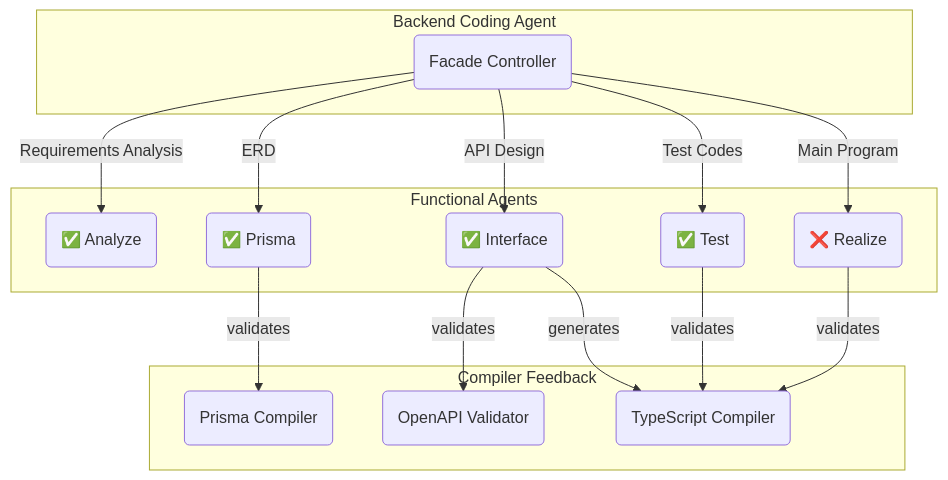
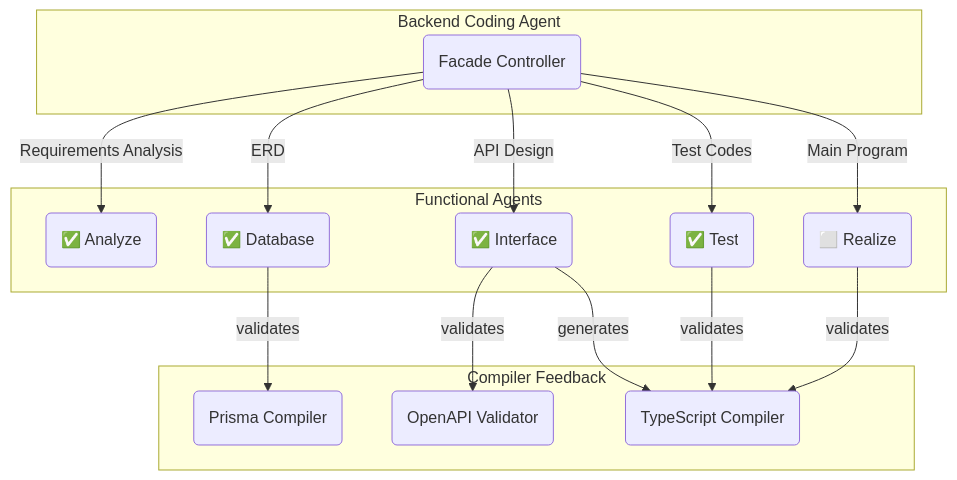
The diagram in qwen/qwen3-next-80b-a3b-instruct/reddit/README.md (wrtnlabs/autobe-examples), drawn with Mermaid before and after one commit. The commit also changed other lines of this file and 6988 other files, not shown here.

````diff
--- a/qwen/qwen3-next-80b-a3b-instruct/reddit/README.md
+++ b/qwen/qwen3-next-80b-a3b-instruct/reddit/README.md
@@ -14,20 +14,20 @@
 ```mermaid
 flowchart
 subgraph "Backend Coding Agent"
   coder("Facade Controller")
 end
 subgraph "Functional Agents"
   coder --"Requirements Analysis"--> analyze("✅ Analyze")
-  coder --"ERD"--> prisma("✅ Prisma")
+  coder --"ERD"--> database("✅ Database")
   coder --"API Design"--> interface("✅ Interface")
   coder --"Test Codes" --> test("✅ Test")
-  coder --"Main Program" --> realize("❌ Realize")
+  coder --"Main Program" --> realize("⬜ Realize")
 end
 subgraph "Compiler Feedback"
-  prisma --"validates" --> prismaCompiler("Prisma Compiler")
+  database --"validates" --> prismaCompiler("Prisma Compiler")
   interface --"validates" --> openapiValidator("OpenAPI Validator")
   interface --"generates" --> tsCompiler("TypeScript Compiler")
   test --"validates" --> tsCompiler("TypeScript Compiler")
   realize --"validates" --> tsCompiler("TypeScript Compiler")
 end
 ```
````
